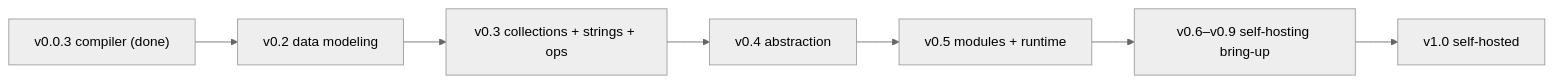
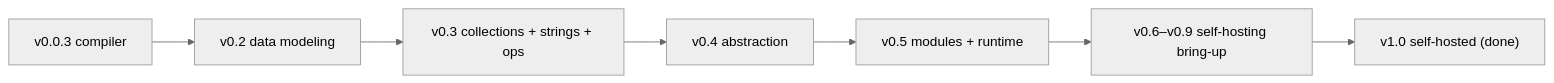
One commit to h3ll5ur7er/myla changed the diagram in docs/roadmap.md. Above: the diagram before and after it, drawn with Mermaid (neutral theme). The commit also changed other lines of this file and 15 other files, not shown here.

````diff
--- a/docs/roadmap.md
+++ b/docs/roadmap.md
@@ -89,9 +113,9 @@
 ```mermaid
 flowchart LR
-    d003["v0.0.3 compiler (done)"] --> v02["v0.2 data modeling"]
+    d003["v0.0.3 compiler"] --> v02["v0.2 data modeling"]
     v02 --> v03["v0.3 collections + strings + ops"]
     v03 --> v04["v0.4 abstraction"]
     v04 --> v05["v0.5 modules + runtime"]
     v05 --> bringup["v0.6–v0.9 self-hosting bring-up"]
-    bringup --> v10["v1.0 self-hosted"]
+    bringup --> v10["v1.0 self-hosted (done)"]
 ```
````
